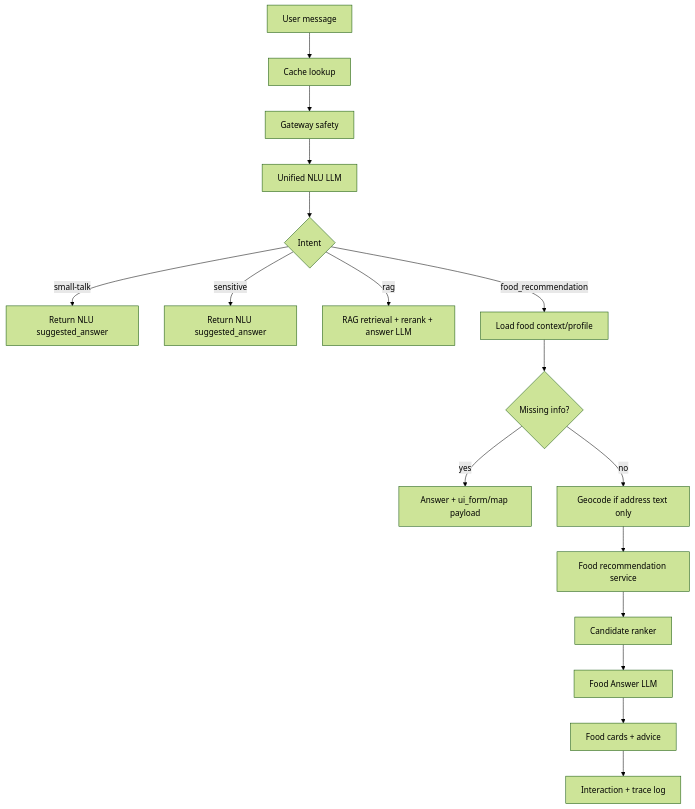
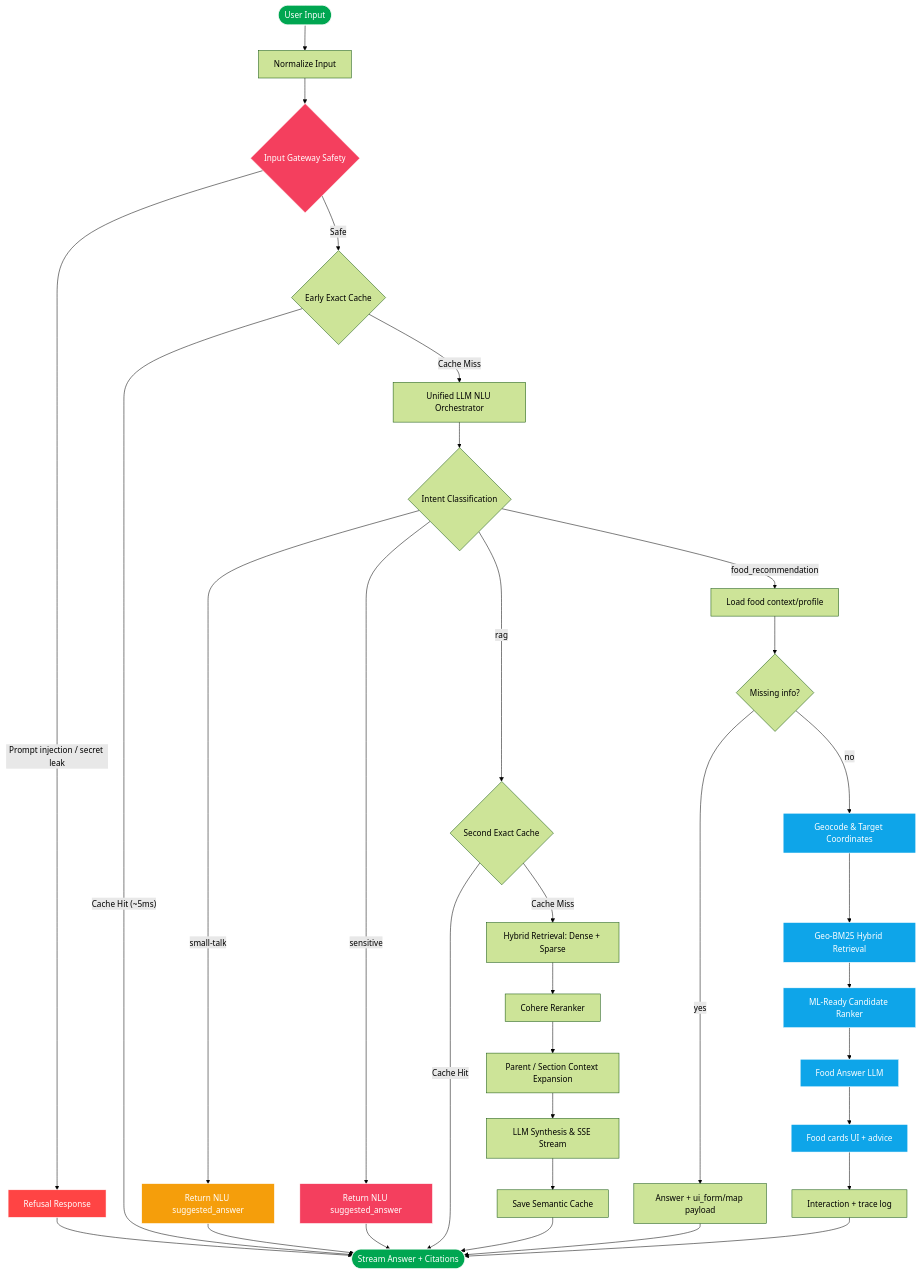
The diagram in README.md (dungltcn272/XANH_SM_AI_ASSISTANT_V1), drawn with Mermaid (forest theme) before and after one commit. The commit also changed other lines of this file and 1 other file, not shown here.

````diff
--- a/README.md
+++ b/README.md
@@ -118,19 +118,53 @@
 ```mermaid
-flowchart TD
-    U[User message] --> C[Cache lookup]
-    C --> G[Gateway safety]
-    G --> N[Unified NLU LLM]
-    N --> I{Intent}
-    I -- small-talk --> ST[Return NLU suggested_answer]
-    I -- sensitive --> SE[Return NLU suggested_answer]
-    I -- rag --> RAG[RAG retrieval + rerank + answer LLM]
-    I -- food_recommendation --> FC[Load food context/profile]
+graph TD
+    A([User Input]) --> N[Normalize Input]
+    N --> B{Input Gateway Safety}
+    B -- "Prompt injection / secret leak" --> Block[Refusal Response]
+    B -- "Safe" --> C{Early Exact Cache}
+
+    C -- "Cache Hit (~5ms)" --> Out([Stream Answer + Citations])
+    C -- "Cache Miss" --> D[Unified LLM NLU Orchestrator]
+    
+    D --> E{Intent Classification}
+    E -- "small-talk" --> Stalk[Return NLU suggested_answer]
+    E -- "sensitive" --> Sen[Return NLU suggested_answer]
+    E -- "rag" --> F{Second Exact Cache}
+    E -- "food_recommendation" --> FC[Load food context/profile]
+
+    %% Luồng Food Recommendation
     FC --> M{Missing info?}
     M -- yes --> FORM[Answer + ui_form/map payload]
-    M -- no --> GEO[Geocode if address text only]
-    GEO --> REC[Food recommendation service]
-    REC --> RANK[Candidate ranker]
-    RANK --> FLLM[Food Answer LLM]
-    FLLM --> CARD[Food cards + advice]
+    M -- no --> FR1[Geocode & Target Coordinates]
+    FR1 --> FR2[Geo-BM25 Hybrid Retrieval]
+    FR2 --> FR3[ML-Ready Candidate Ranker]
+    FR3 --> FR4[Food Answer LLM]
+    FR4 --> CARD[Food cards UI + advice]
     CARD --> LOG[Interaction + trace log]
+    LOG --> Out
+
+    %% Luồng RAG
+    F -- "Cache Hit" --> Out
+    F -- "Cache Miss" --> G[Hybrid Retrieval: Dense + Sparse]
+    G --> H[Cohere Reranker]
+    H --> I[Parent / Section Context Expansion]
+    I --> K[LLM Synthesis & SSE Stream]
+    K --> CacheSave[Save Semantic Cache]
+    CacheSave --> Out
+
+    Block --> Out
+    Stalk --> Out
+    Sen --> Out
+    FORM --> Out
+
+    style A fill:#00A651,stroke:#fff,color:#fff
+    style Out fill:#00A651,stroke:#fff,color:#fff
+    style Block fill:#ff4444,stroke:#fff,color:#fff
+    style Stalk fill:#f59e0b,stroke:#fff,color:#fff
+    style Sen fill:#f43f5e,stroke:#fff,color:#fff
+    style B fill:#f43f5e,stroke:#fff,color:#fff
+    style FR1 fill:#0ea5e9,stroke:#fff,color:#fff
+    style FR2 fill:#0ea5e9,stroke:#fff,color:#fff
+    style FR3 fill:#0ea5e9,stroke:#fff,color:#fff
+    style FR4 fill:#0ea5e9,stroke:#fff,color:#fff
+    style CARD fill:#0ea5e9,stroke:#fff,color:#fff
 ```
````
